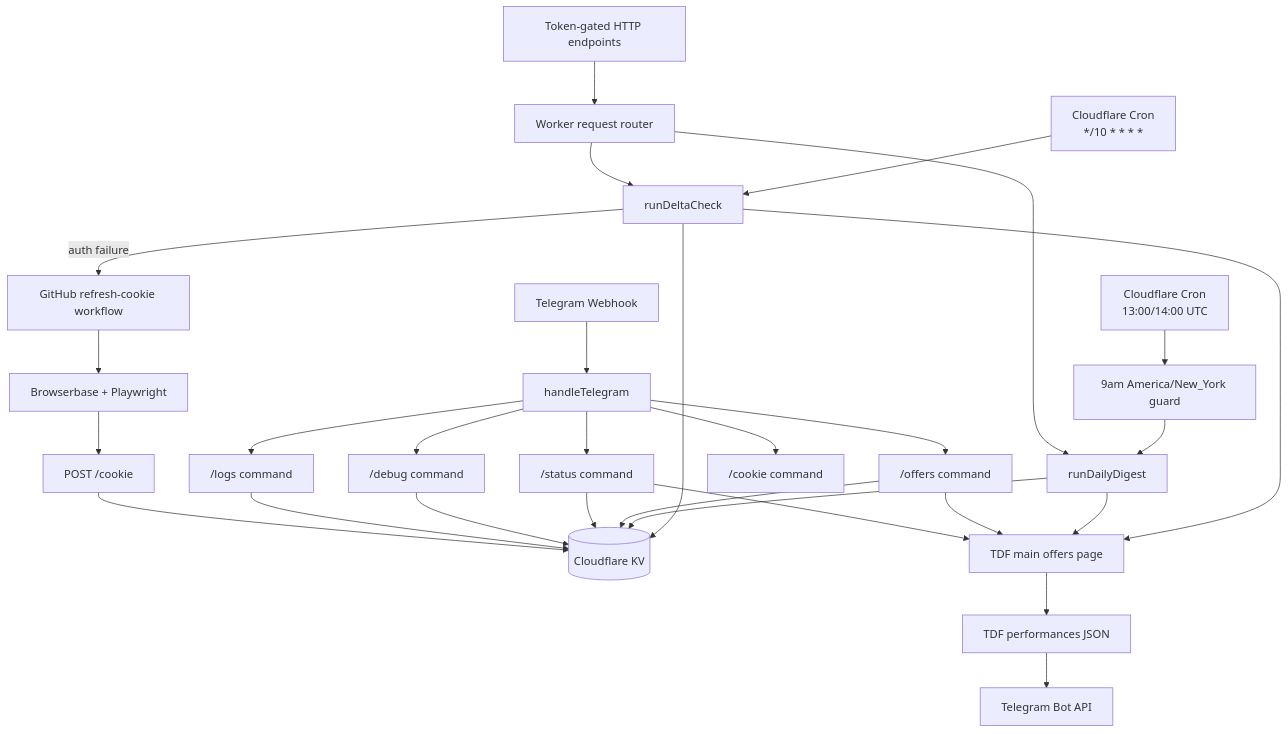
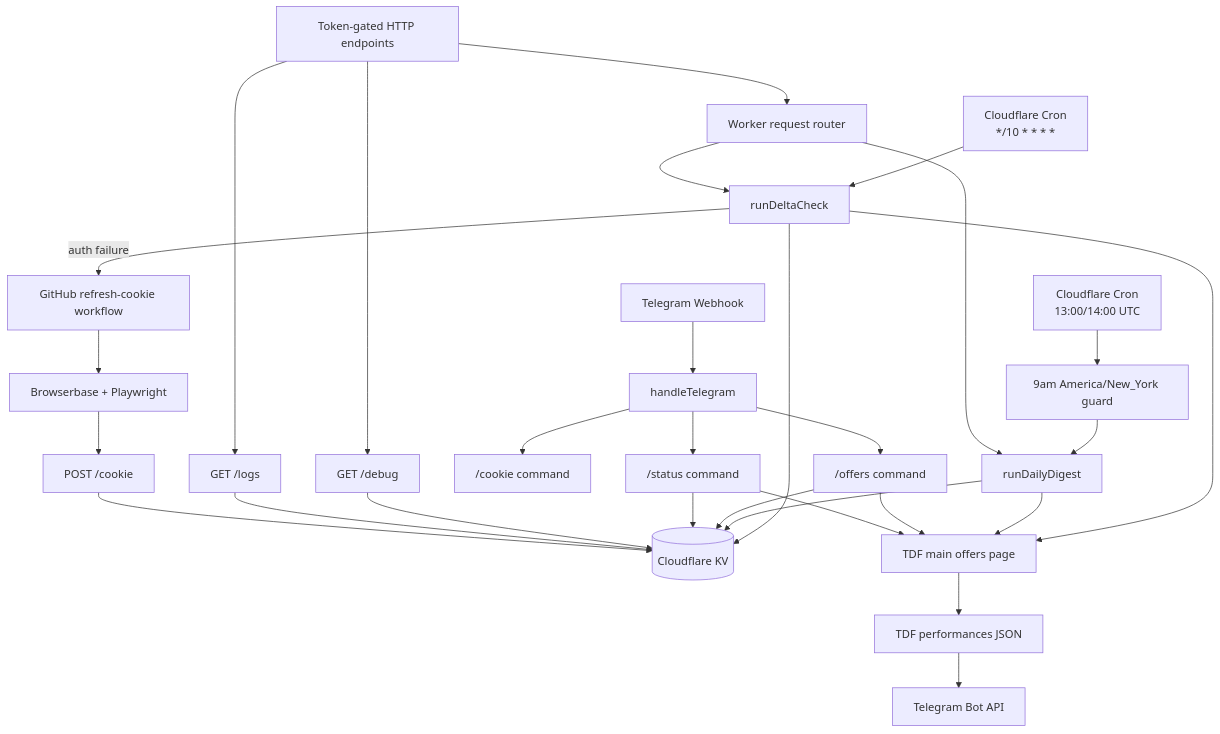
One commit to salmanrazzaq-94/tdf-offer-alerts changed the diagram in docs/architecture.md. Above: the diagram before and after it, drawn with Mermaid. The commit also changed other lines of this file and 26 other files, not shown here.

````diff
--- a/docs/architecture.md
+++ b/docs/architecture.md
@@ -7,35 +7,35 @@
 ```mermaid
 flowchart TD
   Cron["Cloudflare Cron<br/>*/10 * * * *"] --> Delta["runDeltaCheck"]
   DailyCron["Cloudflare Cron<br/>13:00/14:00 UTC"] --> DailyGuard["9am America/New_York guard"]
   DailyGuard --> Daily["runDailyDigest"]
   Telegram["Telegram Webhook"] --> Commands["handleTelegram"]
   Manual["Token-gated HTTP endpoints"] --> Worker["Worker request router"]
 
   Worker --> Delta
   Worker --> Daily
   Commands --> Offers["/offers command"]
   Commands --> Status["/status command"]
-  Commands --> Debug["/debug command"]
-  Commands --> Logs["/logs command"]
   Commands --> CookieLink["/cookie command"]
+  Manual --> Debug["GET /debug"]
+  Manual --> Logs["GET /logs"]
 
   Delta --> KV[("Cloudflare KV")]
   Daily --> KV
   Offers --> KV
   Status --> KV
   Debug --> KV
   Logs --> KV
 
   Delta --> TDFPage["TDF main offers page"]
   Daily --> TDFPage
   Offers --> TDFPage
   Status --> TDFPage
   TDFPage --> TDFJson["TDF performances JSON"]
   TDFJson --> TelegramAPI["Telegram Bot API"]
 
   Delta -- "auth failure" --> GitHub["GitHub refresh-cookie workflow"]
   GitHub --> Browserbase["Browserbase + Playwright"]
   Browserbase --> CookiePost["POST /cookie"]
   CookiePost --> KV
 ```
````
